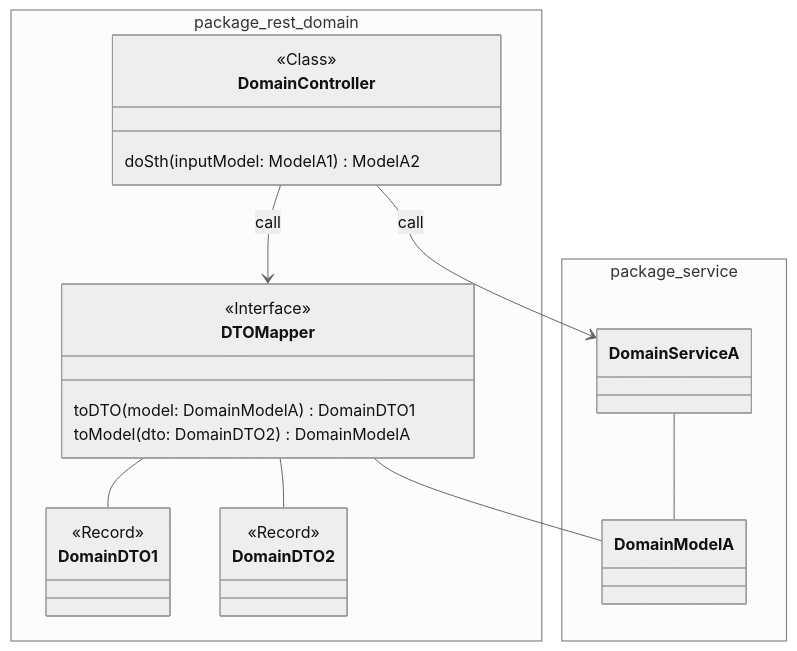
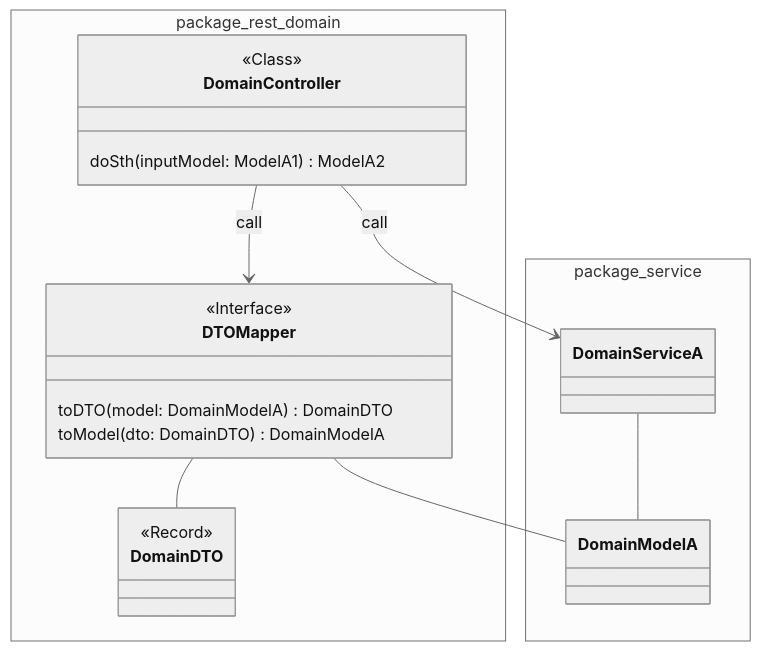
One commit to it-at-m/Wahllokalsystem changed the second of 4 diagrams in docs/src/technik/systemspecification/backend.md. Above: the diagram before and after it, drawn with Mermaid (neutral theme).

Commit message:
use only one domainDTO as representative of access layer dtos

````diff
--- a/docs/src/technik/systemspecification/backend.md
+++ b/docs/src/technik/systemspecification/backend.md
@@ -91,45 +91,40 @@
 ```mermaid
 
 classDiagram
 
     namespace package_service {
         class DomainModelA {
 
         }
         
         class DomainServiceA {
             
         }
     }
 
     namespace package_rest_domain {
         class DomainController {
             <<Class>>
             doSth(inputModel: ModelA1) ModelA2
         }
 
-        class DomainDTO1 {
-            <<Record>>
-        }
-
-        class DomainDTO2 {
+        class DomainDTO {
             <<Record>>
         }
 
         class DTOMapper {
             <<Interface>>
 
-            toDTO(model: DomainModelA) DomainDTO1
-            toModel(dto: DomainDTO2) DomainModelA
+            toDTO(model: DomainModelA) DomainDTO
+            toModel(dto: DomainDTO) DomainModelA
         }
     }
 
     DomainController --> DomainServiceA : call
     DomainController --> DTOMapper : call
 
-    DTOMapper -- DomainDTO1
-    DTOMapper -- DomainDTO2
+    DTOMapper -- DomainDTO
     DTOMapper -- DomainModelA
-  DomainServiceA -- DomainModelA
+    DomainServiceA -- DomainModelA
     
 ```  
````
